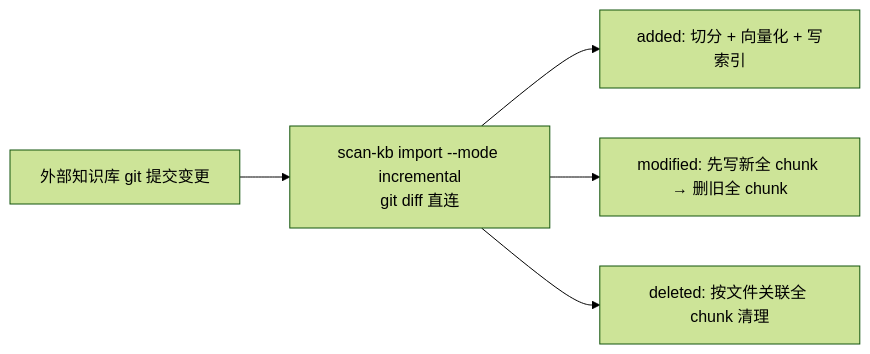
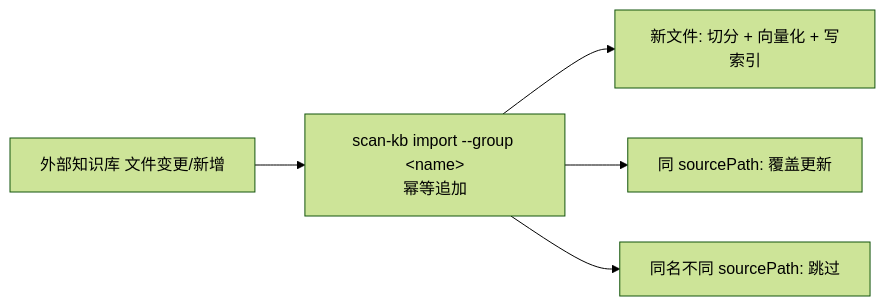
Before and after one commit to HACK-WU/kisearch: the fifth of 5 diagrams in docs/architecture.md, drawn with Mermaid (forest theme). The commit also changed other lines of this file and 7 other files, not shown here.

First line of the commit message:
docs: 同步 scan-kb import 幂等追加重构的文档与注释

````diff
--- a/docs/architecture.md
+++ b/docs/architecture.md
@@ -143,7 +142,7 @@
 ```mermaid
 flowchart LR
-    EXT2[外部知识库 git 提交变更] --> INCR[scan-kb import --mode incremental<br/>git diff 直连]
-    INCR --> ADD[added: 切分 + 向量化 + 写索引]
-    INCR --> MOD[modified: 先写新全 chunk → 删旧全 chunk]
-    INCR --> DEL[deleted: 按文件关联全 chunk 清理]
+    EXT2[外部知识库 文件变更/新增] --> IMP2[scan-kb import --group &lt;name&gt;<br/>幂等追加]
+    IMP2 --> ADD[新文件: 切分 + 向量化 + 写索引]
+    IMP2 --> MOD[同 sourcePath: 覆盖更新]
+    IMP2 --> SKIP[同名不同 sourcePath: 跳过]
 ```
````
